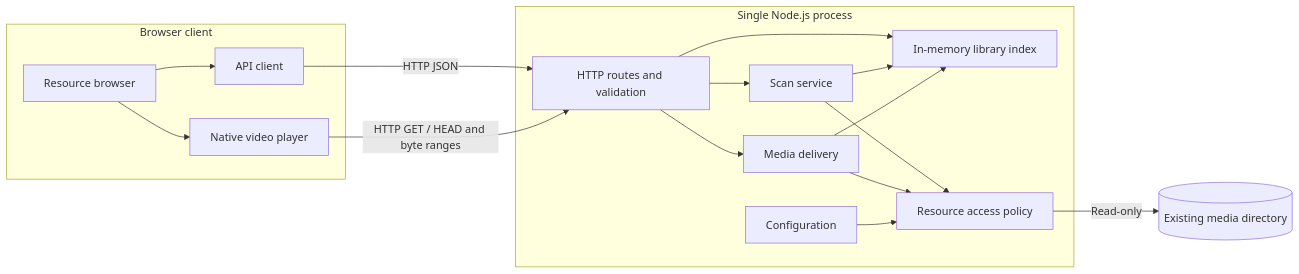
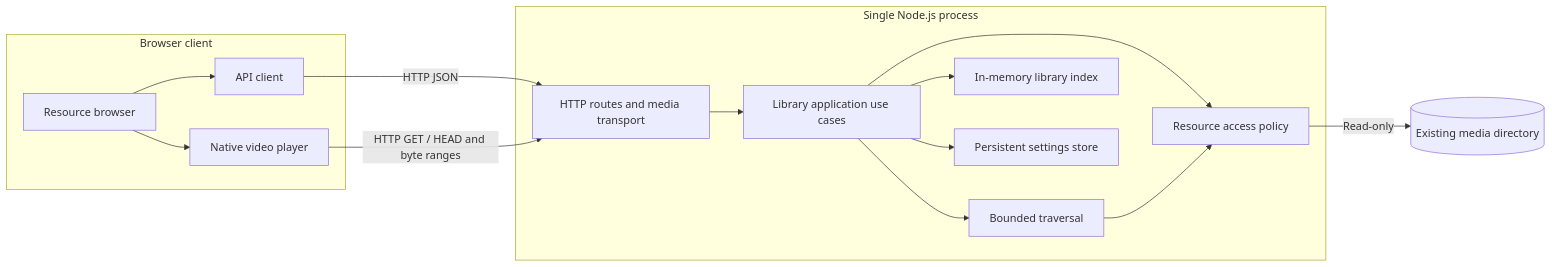
Before and after one commit to qw0er/Anishelf: the diagram in docs/current-version-design.md, drawn with Mermaid. The commit also changed other lines of this file and 23 other files, not shown here.

First line of the commit message:
refactor(backend): centralize library orchestration in application layer

````diff
--- a/docs/current-version-design.md
+++ b/docs/current-version-design.md
@@ -19,29 +19,27 @@
 ```mermaid
 flowchart LR
     subgraph Browser[Browser client]
         Browse[Resource browser]
         Player[Native video player]
         Client[API client]
         Browse --> Client
         Browse --> Player
     end
     subgraph Server[Single Node.js process]
-        HTTP[HTTP routes and validation]
-        Scan[Scan service]
+        HTTP[HTTP routes and media transport]
+        App[Library application use cases]
+        Scan[Bounded traversal]
         Index[In-memory library index]
-        Media[Media delivery]
         Access[Resource access policy]
-        Config[Configuration]
-        HTTP --> Scan
-        HTTP --> Index
-        HTTP --> Media
-        Scan --> Index
+        Settings[Persistent settings store]
+        HTTP --> App
+        App --> Scan
+        App --> Index
+        App --> Access
+        App --> Settings
         Scan --> Access
-        Media --> Index
-        Media --> Access
-        Config --> Access
     end
     Client -->|HTTP JSON| HTTP
     Player -->|HTTP GET / HEAD and byte ranges| HTTP
     Access -->|Read-only| Files[(Existing media directory)]
 ```
````
